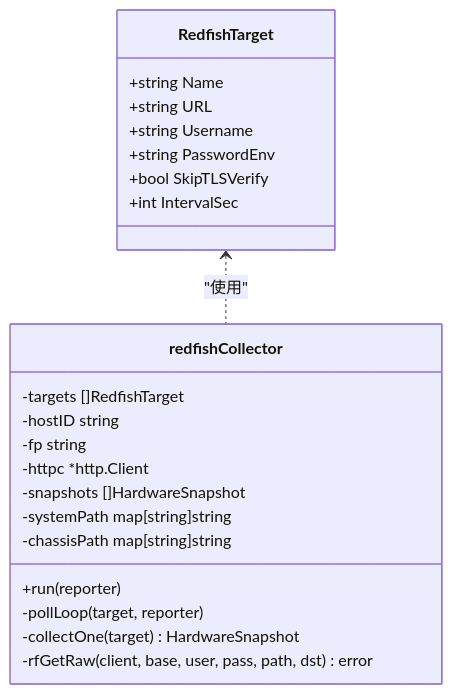
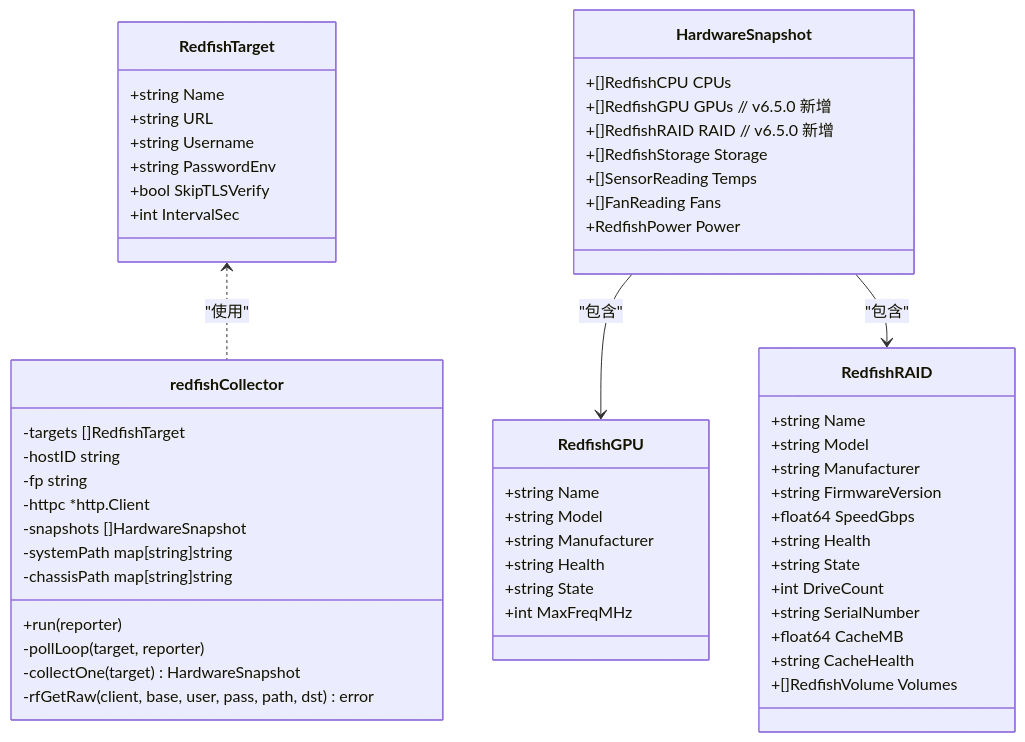
One commit to sreyun/aiops-monitor changed the third of 8 diagrams in .qoder/repowiki/zh/content/核心功能/告警系统/硬件告警引擎.md. Above: the diagram before and after it, drawn with Mermaid. The commit also changed other lines of this file and 38 other files, not shown here.

````diff
--- a/.qoder/repowiki/zh/content/核心功能/告警系统/硬件告警引擎.md
+++ b/.qoder/repowiki/zh/content/核心功能/告警系统/硬件告警引擎.md
@@ -152,25 +186,58 @@
 ```mermaid
 classDiagram
 class RedfishTarget {
 +string Name
 +string URL
 +string Username
 +string PasswordEnv
 +bool SkipTLSVerify
 +int IntervalSec
 }
 class redfishCollector {
 -targets []RedfishTarget
 -hostID string
 -fp string
 -httpc *http.Client
 -snapshots []HardwareSnapshot
 -systemPath map[string]string
 -chassisPath map[string]string
 +run(reporter)
 -pollLoop(target, reporter)
 -collectOne(target) HardwareSnapshot
 -rfGetRaw(client, base, user, pass, path, dst) error
 }
+class HardwareSnapshot {
++[]RedfishCPU CPUs
++[]RedfishGPU GPUs // v6.5.0 新增
++[]RedfishRAID RAID // v6.5.0 新增
++[]RedfishStorage Storage
++[]SensorReading Temps
++[]FanReading Fans
++RedfishPower Power
+}
+class RedfishGPU {
++string Name
++string Model
++string Manufacturer
++string Health
++string State
++int MaxFreqMHz
+}
+class RedfishRAID {
++string Name
++string Model
++string Manufacturer
++string FirmwareVersion
++float64 SpeedGbps
++string Health
++string State
++int DriveCount
++string SerialNumber
++float64 CacheMB
++string CacheHealth
++[]RedfishVolume Volumes
+}
 RedfishTarget <.. redfishCollector : "使用"
+HardwareSnapshot --> RedfishGPU : "包含"
+HardwareSnapshot --> RedfishRAID : "包含"
 ```
````
